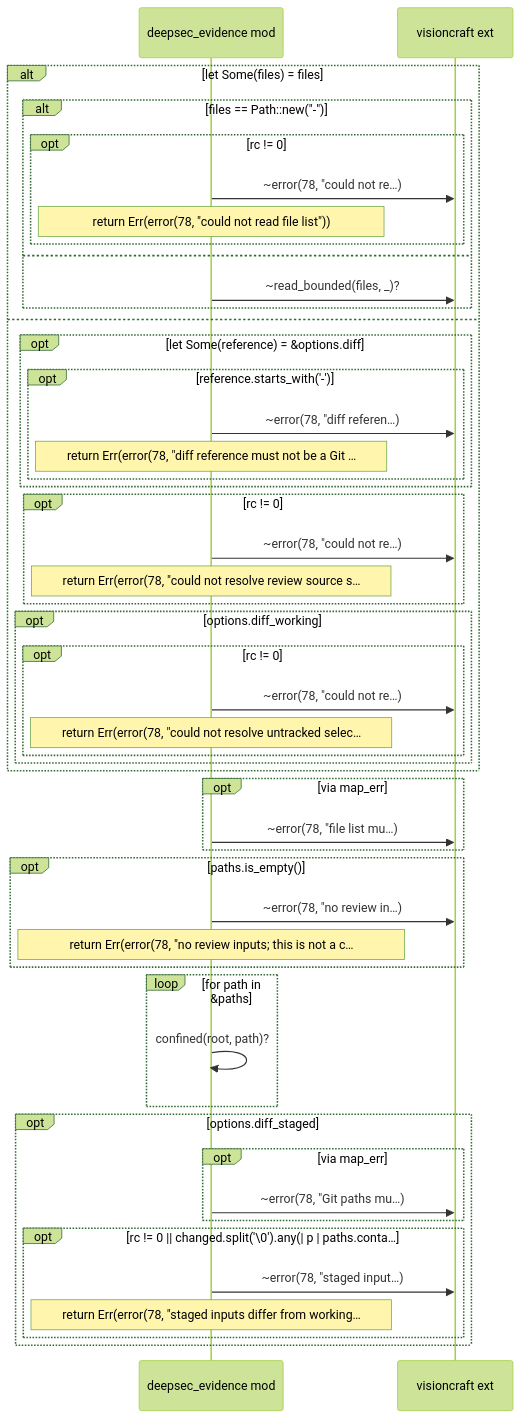
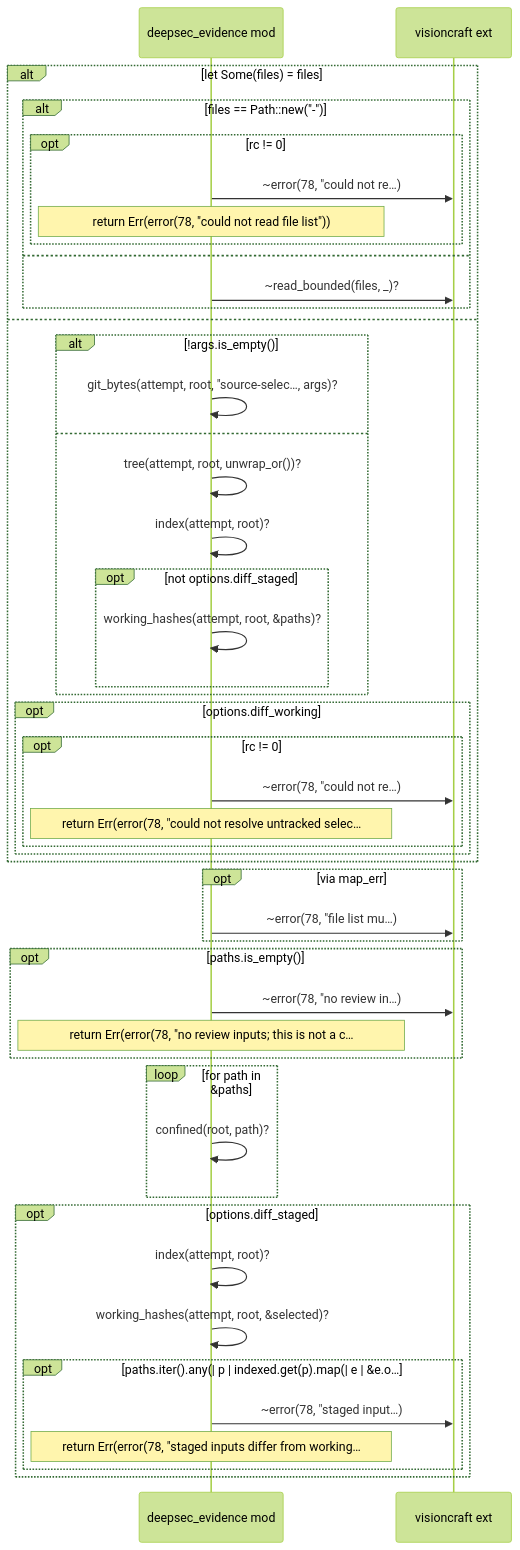
Before and after one commit to DreamLab-AI/visioncraft: the seventh of 9 diagrams in docs/diagrams/generated/src/deepsec_evidence.rs.md, drawn with Mermaid (forest theme). The commit also changed other lines of this file and 10 other files, not shown here.

Commit message:
Verify final release architecture and refresh generated diagrams

````diff
--- a/docs/diagrams/generated/src/deepsec_evidence.rs.md
+++ b/docs/diagrams/generated/src/deepsec_evidence.rs.md
@@ -94,51 +168,49 @@
 ```mermaid
 sequenceDiagram
   participant visioncraft__deepsec_evidence as deepsec_evidence mod
   participant _visioncraft as visioncraft ext
   alt let Some(files) = files
     alt files == Path::new(#quot;-#quot;)
       opt rc != 0
         visioncraft__deepsec_evidence->>_visioncraft: ~error(78, #quot;could not re…)
         Note over visioncraft__deepsec_evidence: return Err(error(78, #quot;could not read file list#quot;))
       end
     else
       visioncraft__deepsec_evidence->>_visioncraft: ~read_bounded(files, _)?
     end
   else
-    opt let Some(reference) = &options.diff
-      opt reference.starts_with('-')
-        visioncraft__deepsec_evidence->>_visioncraft: ~error(78, #quot;diff referen…)
-        Note over visioncraft__deepsec_evidence: return Err(error(78, #quot;diff reference must not be a Git …
+    alt !args.is_empty()
+      visioncraft__deepsec_evidence->>visioncraft__deepsec_evidence: git_bytes(attempt, root, #quot;source-selec…, args)?
+    else
+      visioncraft__deepsec_evidence->>visioncraft__deepsec_evidence: tree(attempt, root, unwrap_or())?
+      visioncraft__deepsec_evidence->>visioncraft__deepsec_evidence: index(attempt, root)?
+      opt not options.diff_staged
+        visioncraft__deepsec_evidence->>visioncraft__deepsec_evidence: working_hashes(attempt, root, &paths)?
       end
-    end
-    opt rc != 0
-      visioncraft__deepsec_evidence->>_visioncraft: ~error(78, #quot;could not re…)
-      Note over visioncraft__deepsec_evidence: return Err(error(78, #quot;could not resolve review source s…
     end
     opt options.diff_working
       opt rc != 0
         visioncraft__deepsec_evidence->>_visioncraft: ~error(78, #quot;could not re…)
         Note over visioncraft__deepsec_evidence: return Err(error(78, #quot;could not resolve untracked selec…
       end
     end
   end
   opt via map_err
     visioncraft__deepsec_evidence->>_visioncraft: ~error(78, #quot;file list mu…)
   end
   opt paths.is_empty()
     visioncraft__deepsec_evidence->>_visioncraft: ~error(78, #quot;no review in…)
     Note over visioncraft__deepsec_evidence: return Err(error(78, #quot;no review inputs#59; this is not a c…
   end
   loop for path in &paths
     visioncraft__deepsec_evidence->>visioncraft__deepsec_evidence: confined(root, path)?
   end
   opt options.diff_staged
-    opt via map_err
-      visioncraft__deepsec_evidence->>_visioncraft: ~error(78, #quot;Git paths mu…)
-    end
-    opt rc != 0 || changed.split('\0').any(| p | paths.conta…
+    visioncraft__deepsec_evidence->>visioncraft__deepsec_evidence: index(attempt, root)?
+    visioncraft__deepsec_evidence->>visioncraft__deepsec_evidence: working_hashes(attempt, root, &selected)?
+    opt paths.iter().any(| p | indexed.get(p).map(| e | &e.o…
       visioncraft__deepsec_evidence->>_visioncraft: ~error(78, #quot;staged input…)
       Note over visioncraft__deepsec_evidence: return Err(error(78, #quot;staged inputs differ from working…
     end
   end
 ```
````
